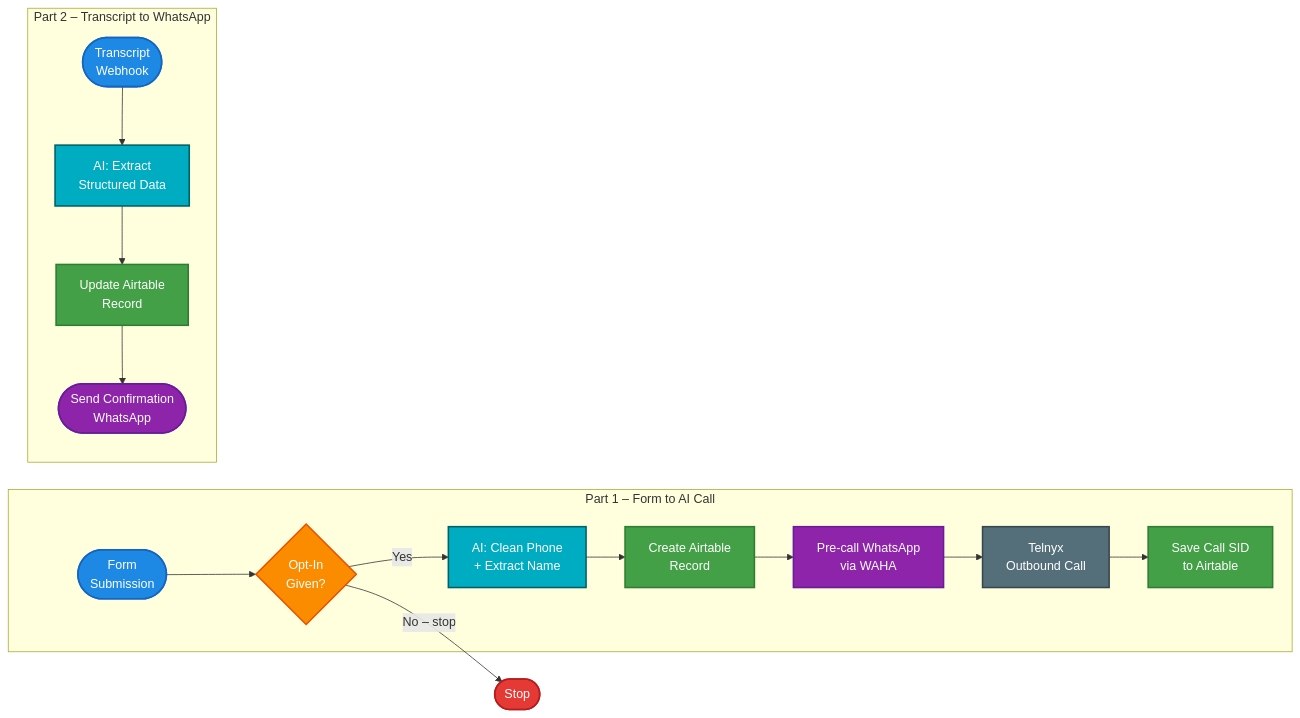
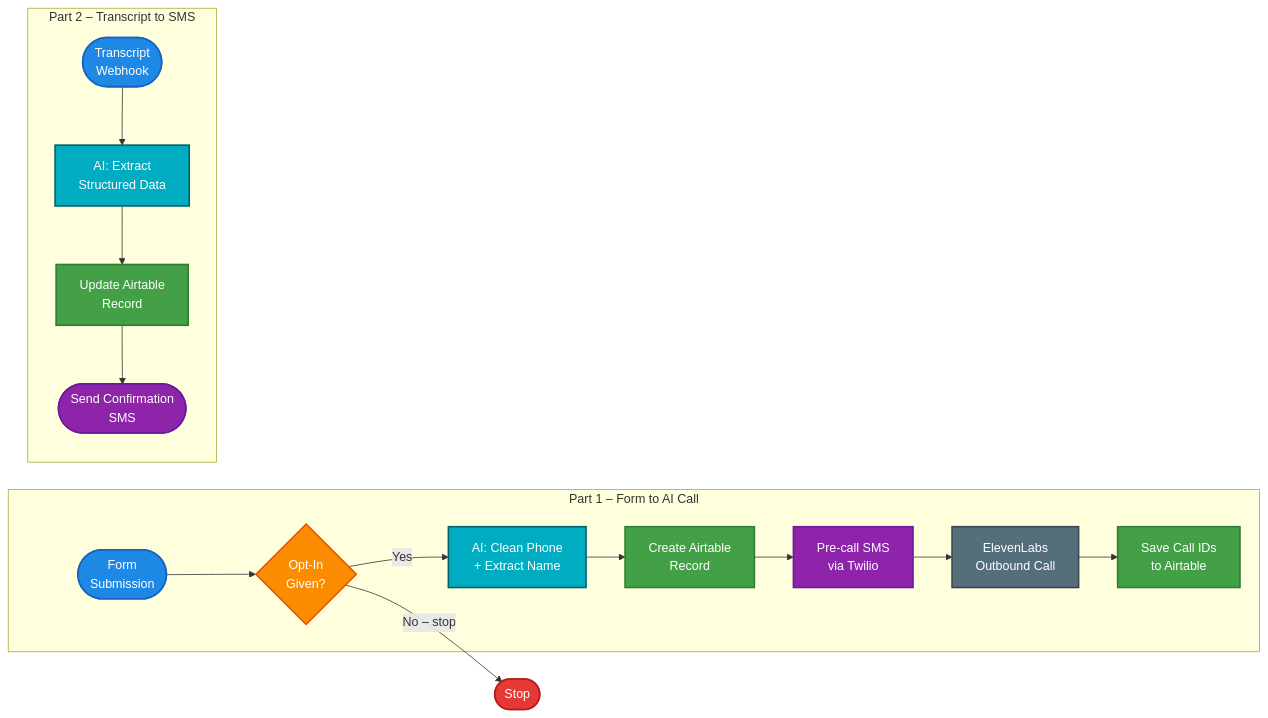
One commit to kameni-immo/kameni-n8n-automation changed the third of 3 diagrams in docs/lead-process.md. Above: the diagram before and after it, drawn with Mermaid. The commit also changed other lines of this file and 4 other files, not shown here.

First line of the commit message:
fix(KAN-41): fix inbound workflow duplicate executions and incomplete WhatsApp message

````diff
--- a/docs/lead-process.md
+++ b/docs/lead-process.md
@@ -302,34 +330,34 @@
 ```mermaid
 flowchart LR
     classDef trigger  fill:#1E88E5,color:#fff,stroke:#1565C0,stroke-width:2px
     classDef process  fill:#546E7A,color:#fff,stroke:#37474F,stroke-width:2px
     classDef decision fill:#FB8C00,color:#fff,stroke:#E65100,stroke-width:2px
     classDef ai       fill:#00ACC1,color:#fff,stroke:#006064,stroke-width:2px
     classDef save     fill:#43A047,color:#fff,stroke:#2E7D32,stroke-width:2px
     classDef send     fill:#8E24AA,color:#fff,stroke:#6A1B9A,stroke-width:2px
     classDef stop     fill:#E53935,color:#fff,stroke:#B71C1C,stroke-width:2px
 
     subgraph PART1 ["  Part 1 – Form to AI Call  "]
         FM(["Form<br/>Submission"]):::trigger
         OPT{"Opt-In<br/>Given?"}:::decision
         LLM["AI: Clean Phone<br/>+ Extract Name"]:::ai
         CRE["Create Airtable<br/>Record"]:::save
-        SMS["Pre-call WhatsApp<br/>via WAHA"]:::send
-        EL["Telnyx<br/>Outbound Call"]:::process
-        UPD["Save Call SID<br/>to Airtable"]:::save
+        SMS["Pre-call SMS<br/>via Twilio"]:::send
+        EL["ElevenLabs<br/>Outbound Call"]:::process
+        UPD["Save Call IDs<br/>to Airtable"]:::save
     end
 
-    subgraph PART2 ["  Part 2 – Transcript to WhatsApp  "]
+    subgraph PART2 ["  Part 2 – Transcript to SMS  "]
         WH2(["Transcript<br/>Webhook"]):::trigger
         FR["AI: Extract<br/>Structured Data"]:::ai
         UPD1["Update Airtable<br/>Record"]:::save
-        SMS1(["Send Confirmation<br/>WhatsApp"]):::send
+        SMS1(["Send Confirmation<br/>SMS"]):::send
     end
 
     STOP(["Stop"]):::stop
 
     FM --> OPT
     OPT -->|"No – stop"| STOP
     OPT -->|"Yes"| LLM --> CRE --> SMS --> EL --> UPD
     WH2 --> FR --> UPD1 --> SMS1
 ```
````
